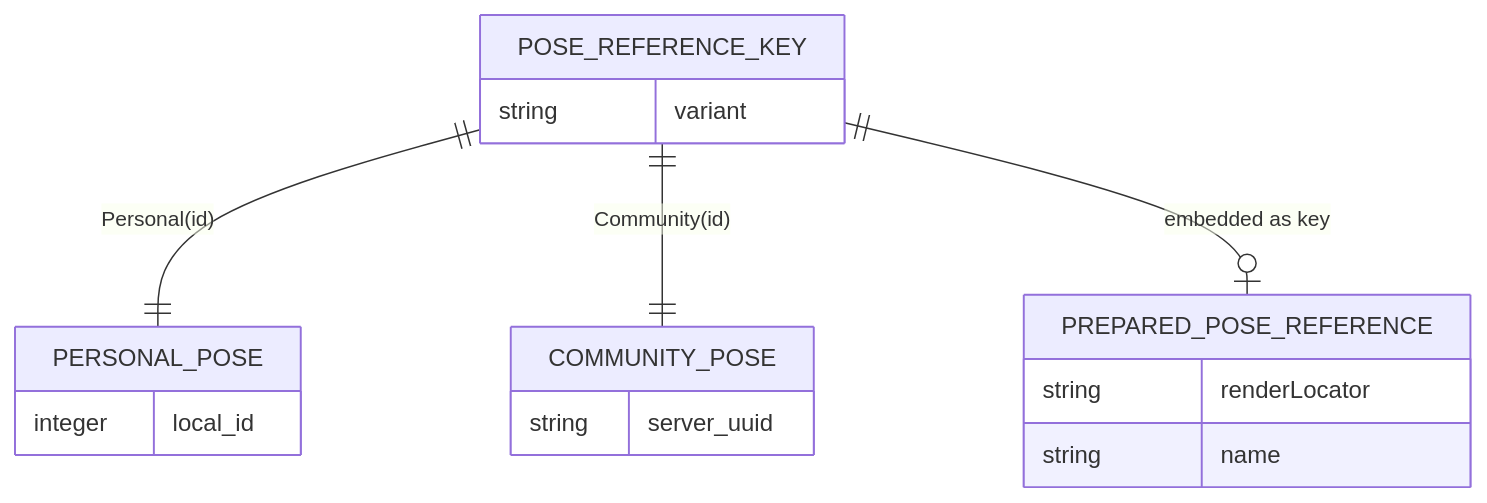
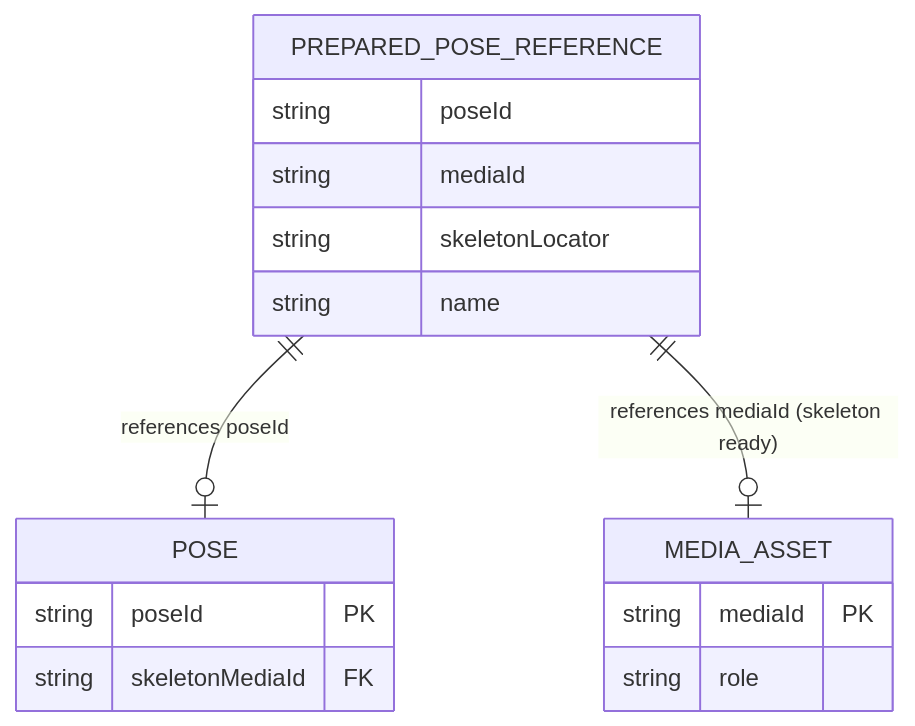
The first of 2 diagrams in docs/spec/data/erd/conceptual.md (pnphongk23/posing-monorepo), drawn with Mermaid before and after one commit. The commit also changed other lines of this file and 98 other files, not shown here.

````diff
--- a/docs/spec/data/erd/conceptual.md
+++ b/docs/spec/data/erd/conceptual.md
@@ -7,20 +7,20 @@
 ```mermaid
 erDiagram
-    POSE_REFERENCE_KEY ||--|| PERSONAL_POSE : "Personal(id)"
-    POSE_REFERENCE_KEY ||--|| COMMUNITY_POSE : "Community(id)"
-    POSE_REFERENCE_KEY ||--o| PREPARED_POSE_REFERENCE : "embedded as key"
+    PREPARED_POSE_REFERENCE ||--o| POSE : "references poseId"
+    PREPARED_POSE_REFERENCE ||--o| MEDIA_ASSET : "references mediaId (skeleton ready)"
 
-    POSE_REFERENCE_KEY {
-        string variant
-    }
-    PERSONAL_POSE {
-        integer local_id
-    }
-    COMMUNITY_POSE {
-        string server_uuid
-    }
     PREPARED_POSE_REFERENCE {
-        string renderLocator
+        string poseId
+        string mediaId
+        string skeletonLocator
         string name
     }
+    POSE {
+        string poseId PK
+        string skeletonMediaId FK
+    }
+    MEDIA_ASSET {
+        string mediaId PK
+        string role
+    }
 ```
````
